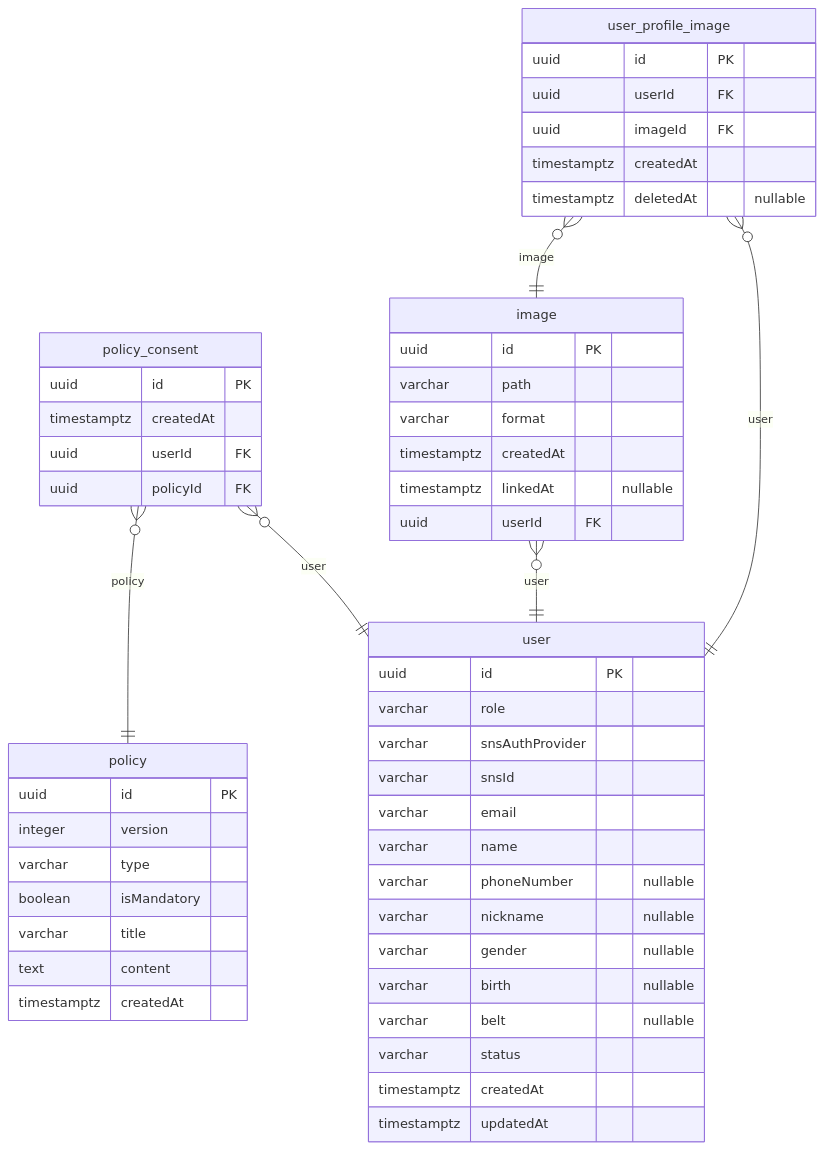
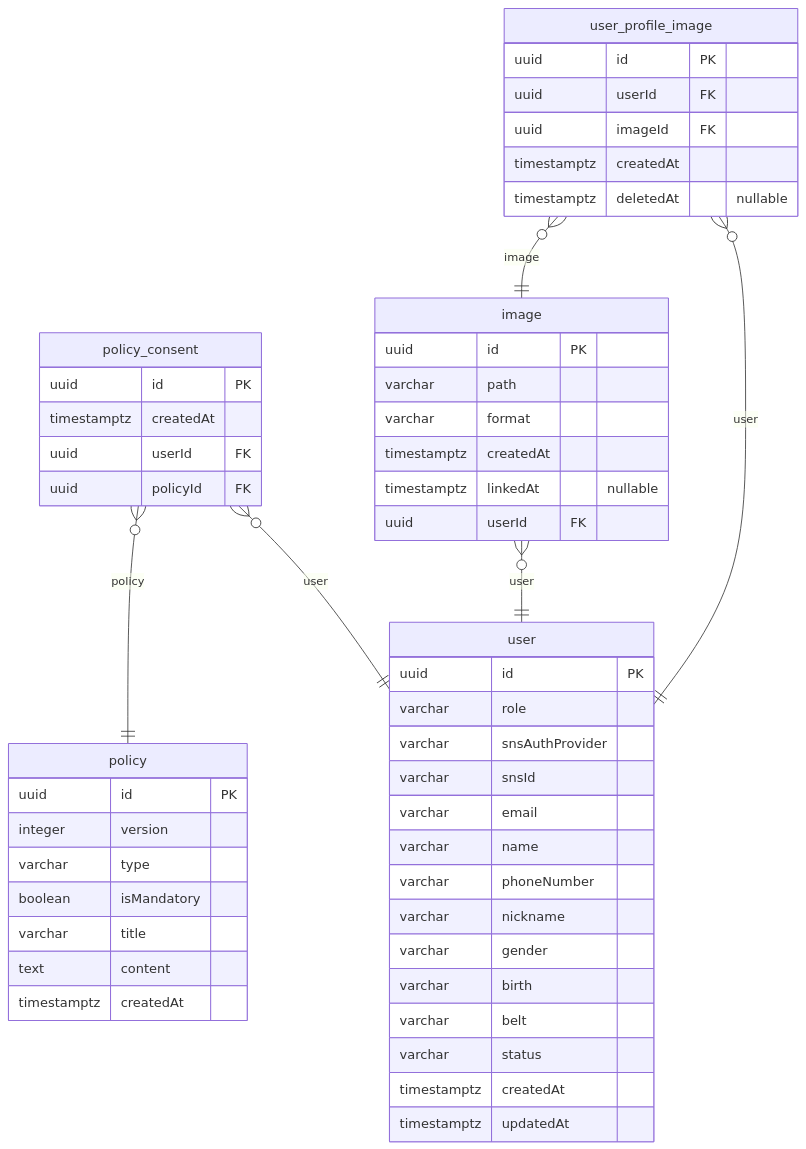
One commit to NAJUHA-JIUJITSU/najuha-v2-be changed the first of 6 diagrams in docs/najiha-v2-erd.md. Above: the diagram before and after it, drawn with Mermaid. The commit also changed other lines of this file and 35 other files, not shown here.

````diff
--- a/docs/najiha-v2-erd.md
+++ b/docs/najiha-v2-erd.md
@@ -20,54 +21,54 @@
 ```mermaid
 erDiagram
   policy {
     uuid id PK
     integer version
     varchar type
     boolean isMandatory
     varchar title
     text content
     timestamptz createdAt
   }
   policy_consent {
     uuid id PK
     timestamptz createdAt
     uuid userId FK
     uuid policyId FK
   }
   user_profile_image {
     uuid id PK
     uuid userId FK
     uuid imageId FK
     timestamptz createdAt
     timestamptz deletedAt "nullable"
   }
   image {
     uuid id PK
     varchar path
     varchar format
     timestamptz createdAt
     timestamptz linkedAt "nullable"
     uuid userId FK
   }
   user {
     uuid id PK
     varchar role
     varchar snsAuthProvider
     varchar snsId
     varchar email
     varchar name
-    varchar phoneNumber "nullable"
-    varchar nickname "nullable"
-    varchar gender "nullable"
-    varchar birth "nullable"
-    varchar belt "nullable"
+    varchar phoneNumber
+    varchar nickname
+    varchar gender
+    varchar birth
+    varchar belt
     varchar status
     timestamptz createdAt
     timestamptz updatedAt
   }
   policy_consent }o--|| user: user
   policy_consent }o--|| policy: policy
   user_profile_image }o--|| user: user
   user_profile_image }o--|| image: image
   image }o--|| user: user
 ```
````
